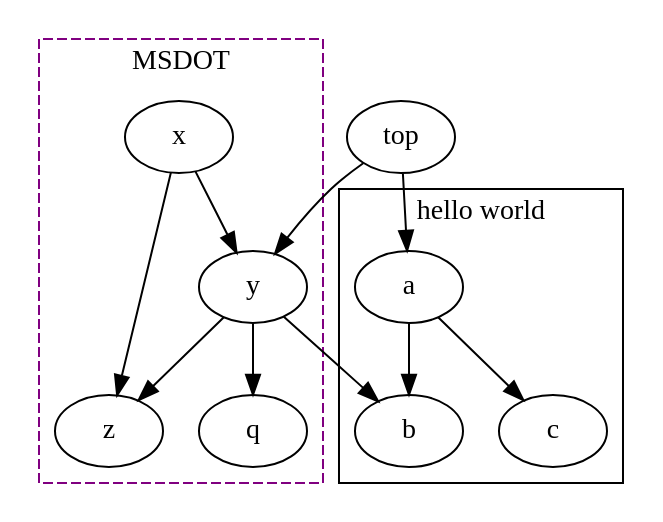
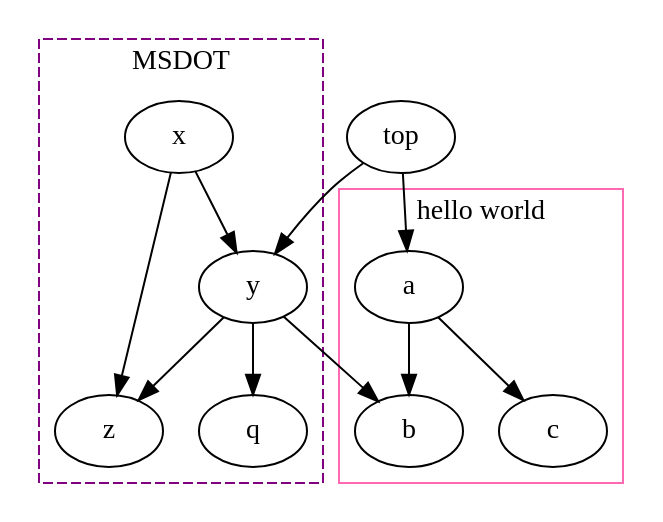
One commit to graphviz-perl/Tk-GraphViz changed the diagram in t/graphs/directed/clust.dot. Above: the diagram before and after it, drawn with Graphviz. The commit also changed 1 other file, not shown here.

```diff
--- a/t/graphs/directed/clust.dot
+++ b/t/graphs/directed/clust.dot
@@ -1,29 +1,28 @@
 digraph G {
 	node [label="\N"];
 	subgraph cluster_0 {
 		graph [label="hello world"];
-		graph [color=hot_pink];
+		graph [color=hotpink];
 		a
 		b
 		c
 		a -> b
 		a -> c
 	}
 	subgraph cluster_1 {
 		graph [label=MSDOT];
 		graph [color=purple];
 		graph [style=dashed];
 		x
 		y
 		z
 		q
 		x -> y
 		x -> z
 		y -> z
 		y -> q
 	}
-	top
 	top -> a
 	top -> y
 	y -> b
 }
```
